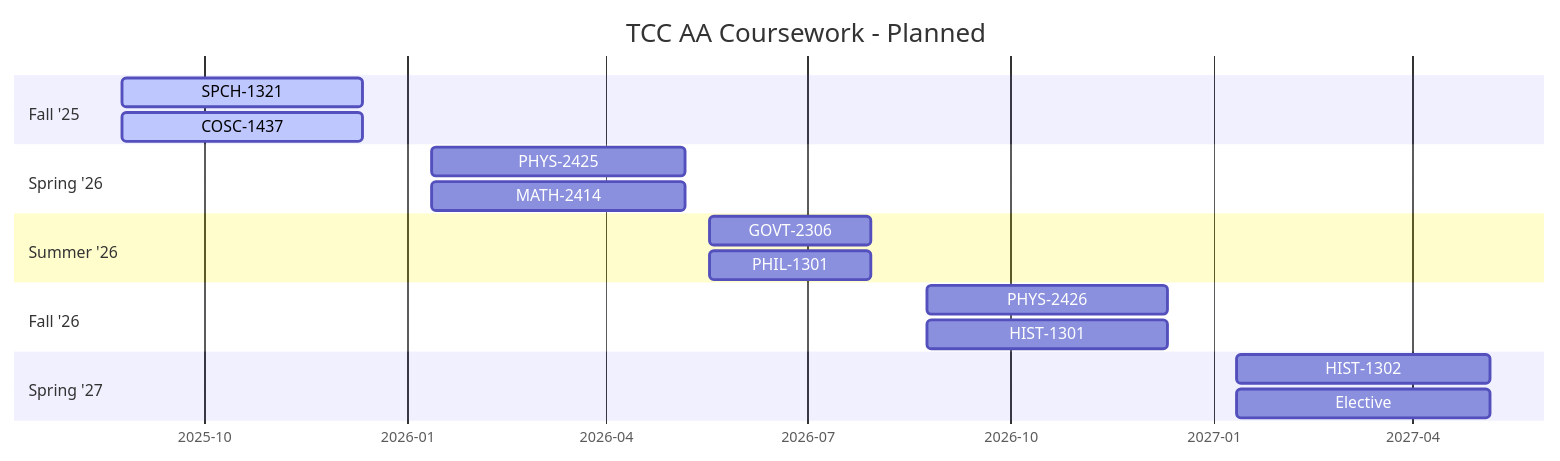
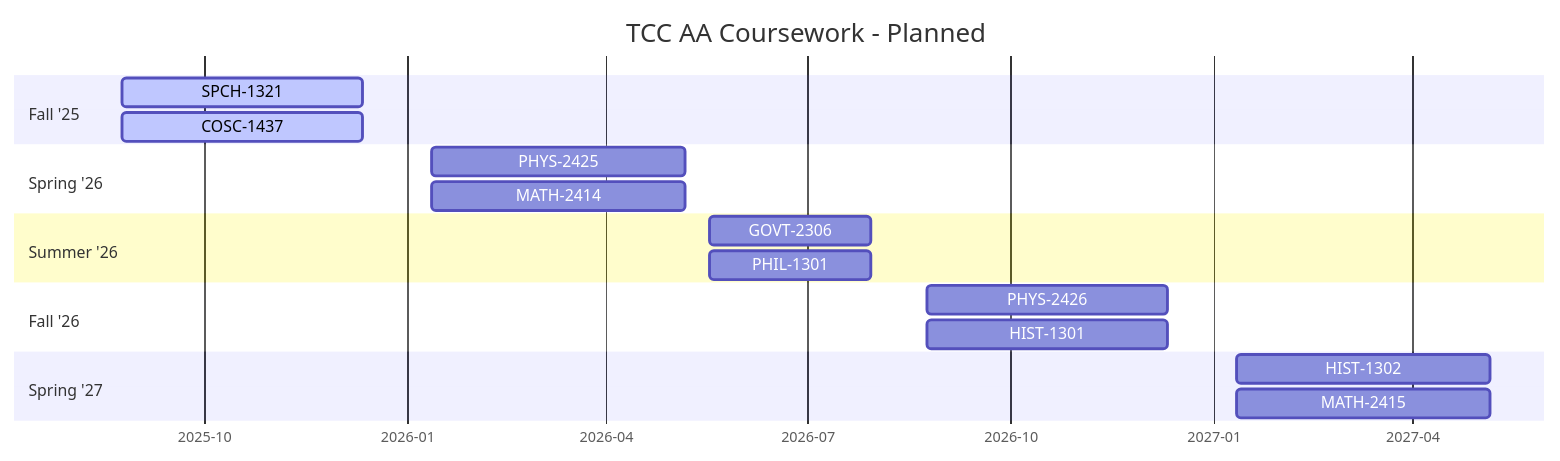
Before and after one commit to Oxymoron290/Oxymoron290: the third of 3 diagrams in DegreePlan.md, drawn with Mermaid.

````diff
--- a/DegreePlan.md
+++ b/DegreePlan.md
@@ -75,26 +75,26 @@
 ```mermaid
 gantt
     title TCC AA Coursework - Planned
     dateFormat  YYYY-MM-DD
     axisFormat  %Y-%m
 
     section Fall '25
     SPCH‑1321            :active, 2025-08-25, 2025-12-12
     COSC‑1437            :active, 2025-08-25, 2025-12-12
 
     section Spring '26
     PHYS‑2425            :2026-01-12, 2026-05-07
     MATH‑2414            :2026-01-12, 2026-05-07
 
     section Summer '26
     GOVT‑2306            :2026-05-18, 2026-07-30
     PHIL‑1301            :2026-05-18, 2026-07-30
 
     section Fall '26
     PHYS‑2426            :2026-08-24, 2026-12-11
     HIST‑1301            :2026-08-24, 2026-12-11
 
     section Spring '27
     HIST‑1302            :2027-01-11, 2027-05-06
-    Elective             :2027-01-11, 2027-05-06
+    MATH-2415            :2027-01-11, 2027-05-06
 ```
````
